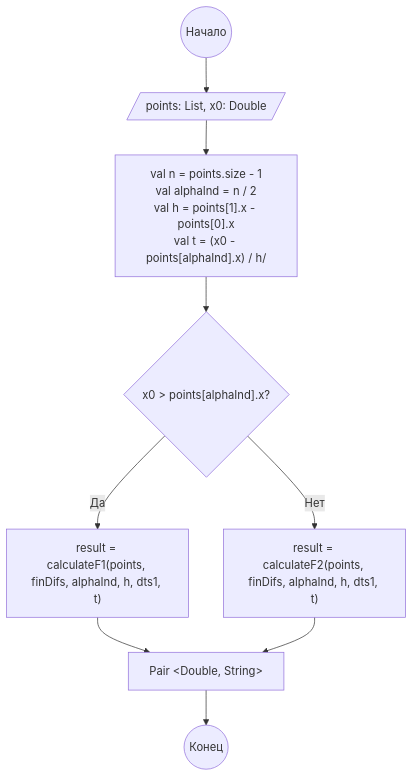
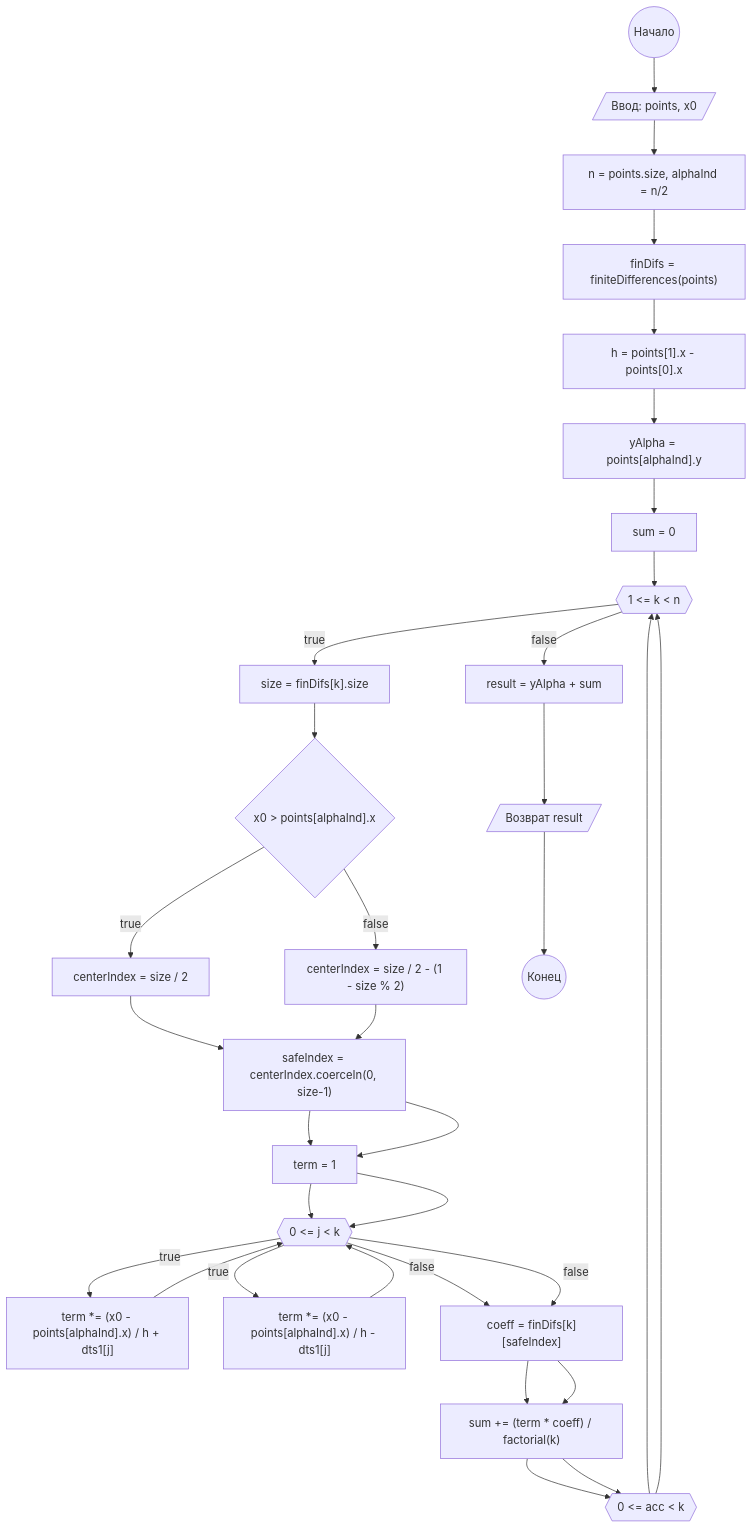
The diagram in docs/schemes/gauss.mmd (arekalov/CompMat-lab5), drawn with Mermaid before and after one commit. The commit also changed other lines of this file and 3 other files, not shown here.

```diff
--- a/docs/schemes/gauss.mmd
+++ b/docs/schemes/gauss.mmd
@@ -1,13 +1,34 @@
 graph TD
     A(("Начало"))
-    B[/"points: List<DataPoint>, x0: Double"/]
-    C["val n = points.size - 1\nval alphaInd = n / 2\nval h = points[1].x - points[0].x\nval t = (x0 - points[alphaInd].x) / h"/]
-    D{"x0 > points[alphaInd].x?"}
-    E["result = calculateF1(points, finDifs, alphaInd, h, dts1, t)"]
-    F["result = calculateF2(points, finDifs, alphaInd, h, dts1, t)"]
-    I[Pair &lt;Double, String&gt; ]
-    J(("Конец"))
+    B[/"Ввод: points, x0"/]
+    C["n = points.size, alphaInd = n/2"]
+    D["finDifs = finiteDifferences(points)"]
+    E["h = points[1].x - points[0].x"]
+    F["yAlpha = points[alphaInd].y"]
+    G["sum = 0"]
+    H{{"1 <= k < n"}}
+    I["size = finDifs[k].size"]
+    DIR{"x0 > points[alphaInd].x"}
+    J1["centerIndex = size / 2"]
+    J2["centerIndex = size / 2 - (1 - size % 2)"]
+    K["safeIndex = centerIndex.coerceIn(0, size-1)"]
+    L1["term = 1"]
+    L2{{"0 <= j < k"}}
+    L3a["term *= (x0 - points[alphaInd].x) / h + dts1[j]"]
+    L3b["term *= (x0 - points[alphaInd].x) / h - dts1[j]"]
+    M["coeff = finDifs[k][safeIndex]"]
+    N["sum += (term * coeff) / factorial(k)"]
+    O{{"0 <= acc < k"}}
+    P["result = yAlpha + sum"]
+    Q[/"Возврат result"/]
+    R(("Конец"))
 
-    A --> B --> C --> D
-    D -- Да --> E --> I --> J
-    D -- Нет --> F --> I
+    A --> B --> C --> D --> E --> F --> G --> H
+    H -- true --> I --> DIR
+    DIR -- true --> J1 --> K --> L1 --> L2
+    L2 -- true --> L3a --> L2
+    L2 -- false --> M --> N --> O --> H
+    DIR -- false --> J2 --> K --> L1 --> L2
+    L2 -- true --> L3b --> L2
+    L2 -- false --> M --> N --> O --> H
+    H -- false --> P --> Q --> R
```
